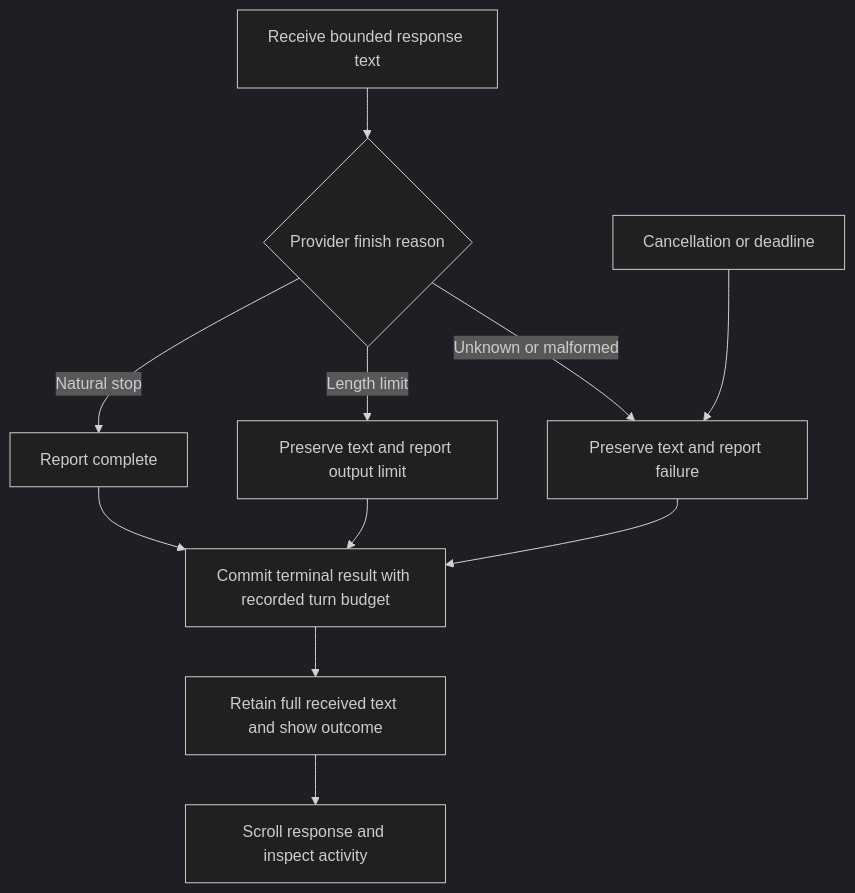
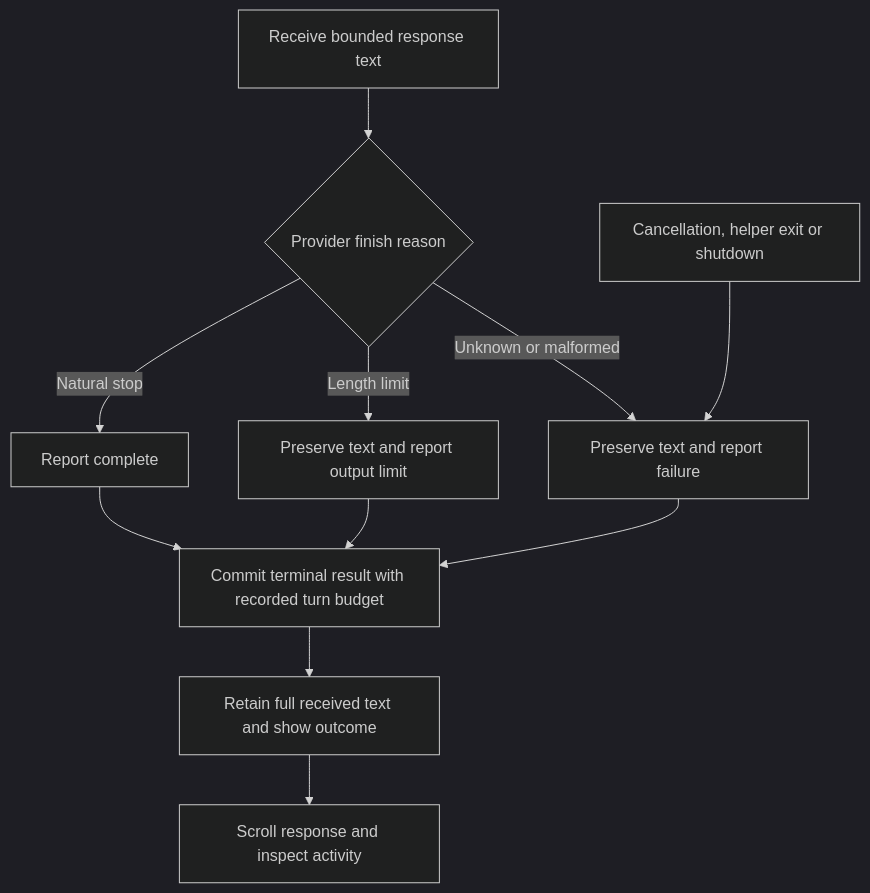
Before and after one commit to pidster/asura: the second of 5 diagrams in docs/designs/response-activity.md, drawn with Mermaid (dark theme). The commit also changed other lines of this file and 39 other files, not shown here.

````diff
--- a/docs/designs/response-activity.md
+++ b/docs/designs/response-activity.md
@@ -132,13 +133,13 @@
 ```mermaid
 flowchart TD
     Stream[Receive bounded response text] --> Finish{Provider finish reason}
     Finish -->|Natural stop| Complete[Report complete]
     Finish -->|Length limit| Partial[Preserve text and report output limit]
     Finish -->|Unknown or malformed| Failed[Preserve text and report failure]
-    Cancel[Cancellation or deadline] --> Failed
+    Cancel[Cancellation, helper exit or shutdown] --> Failed
     Complete --> Commit[Commit terminal result with recorded turn budget]
     Partial --> Commit
     Failed --> Commit
     Commit --> UI[Retain full received text and show outcome]
     UI --> Browse[Scroll response and inspect activity]
 ```
````
